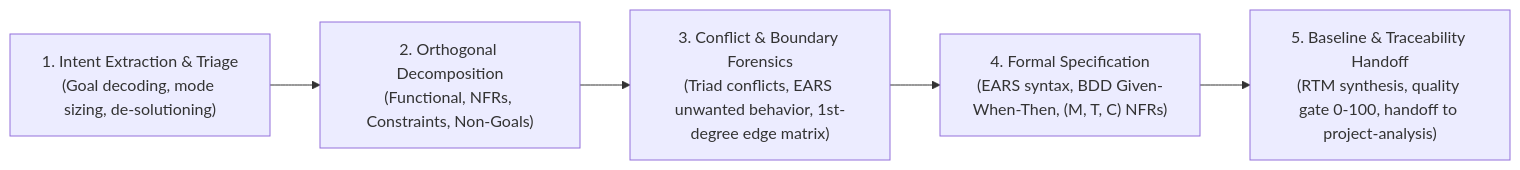
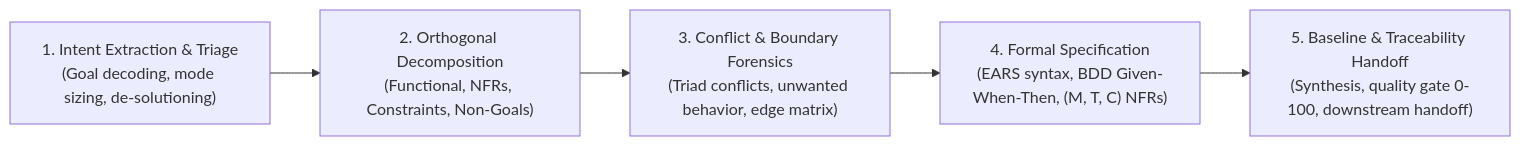
One commit to gowtham2thrive/agent-grimoire changed the diagram in .agents/skills/requirements-analysis/SKILL.md. Above: the diagram before and after it, drawn with Mermaid. The commit also changed other lines of this file and 31 other files, not shown here.

````diff
--- a/.agents/skills/requirements-analysis/SKILL.md
+++ b/.agents/skills/requirements-analysis/SKILL.md
@@ -22,7 +23,7 @@
 ```mermaid
 flowchart LR
     P1["1. Intent Extraction & Triage<br/>(Goal decoding, mode sizing, de-solutioning)"] --> P2["2. Orthogonal Decomposition<br/>(Functional, NFRs, Constraints, Non-Goals)"]
-    P2 --> P3["3. Conflict & Boundary Forensics<br/>(Triad conflicts, EARS unwanted behavior, 1st-degree edge matrix)"]
+    P2 --> P3["3. Conflict & Boundary Forensics<br/>(Triad conflicts, unwanted behavior, edge matrix)"]
     P3 --> P4["4. Formal Specification<br/>(EARS syntax, BDD Given-When-Then, (M, T, C) NFRs)"]
-    P4 --> P5["5. Baseline & Traceability Handoff<br/>(RTM synthesis, quality gate 0-100, handoff to project-analysis)"]
+    P4 --> P5["5. Baseline & Traceability Handoff<br/>(Synthesis, quality gate 0-100, downstream handoff)"]
 ```
````
